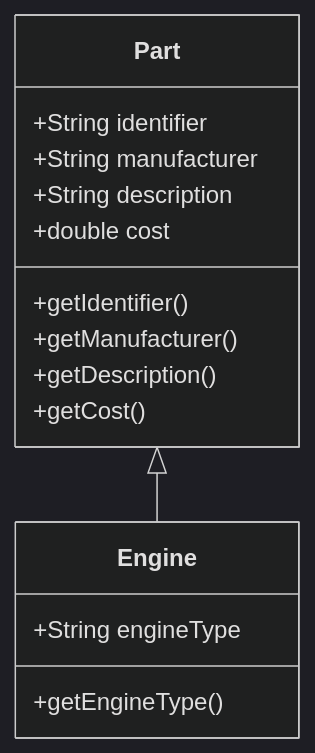
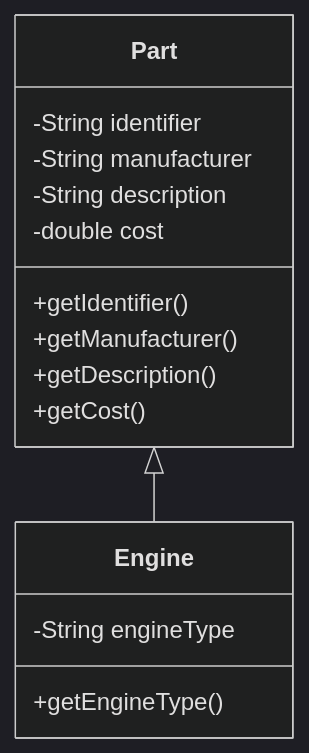
The first of 3 diagrams in 3.1_Inheritance.md (vesavvo/Object-Oriented-Programming), drawn with Mermaid (dark theme) before and after one commit. The commit also changed other lines of this file, not shown here.

````diff
--- a/3.1_Inheritance.md
+++ b/3.1_Inheritance.md
@@ -102,18 +102,18 @@
 ```mermaid
 classDiagram
     Part <|-- Engine
 class Part {
-        +String identifier
-        +String manufacturer
-        +String description
-        +double cost
+        -String identifier
+        -String manufacturer
+        -String description
+        -double cost
         +getIdentifier()
         +getManufacturer()
         +getDescription()
         +getCost()
     }
 class Engine {
-    +String engineType
+    -String engineType
     +getEngineType()
 }
 ```
````
